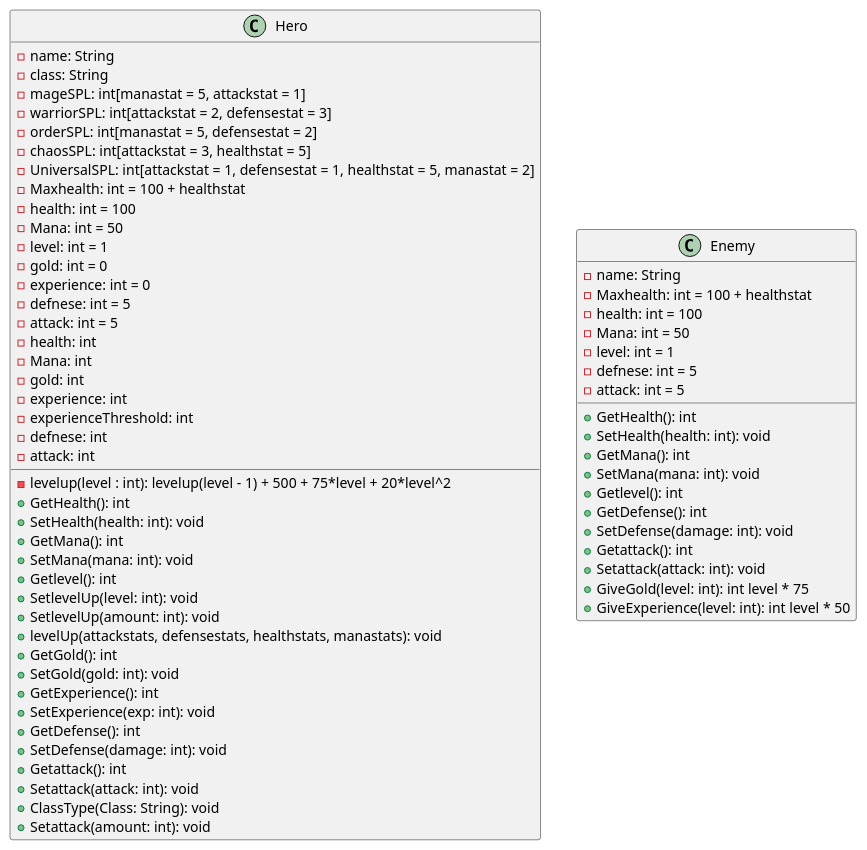
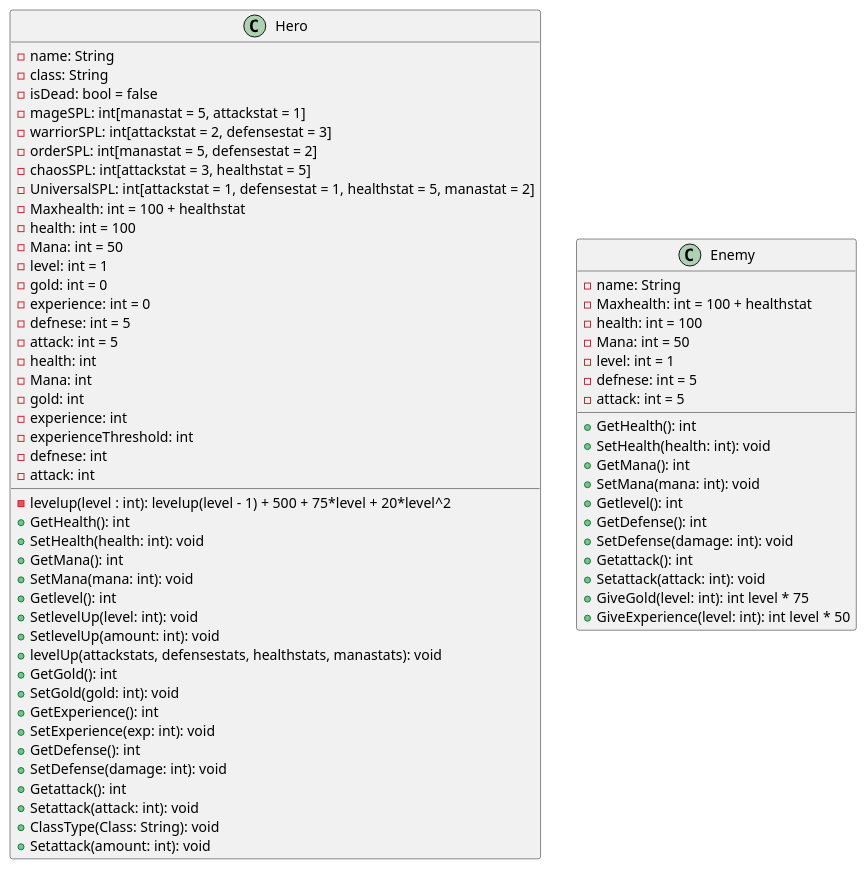
The diagram in rpg-legends/docs/uml/HeroStats.plantuml (JosefG50/2203-Legends-of-Sword-and-Wand), drawn with PlantUML before and after one commit.

```diff
--- a/rpg-legends/docs/uml/HeroStats.plantuml
+++ b/rpg-legends/docs/uml/HeroStats.plantuml
@@ -1,99 +1,100 @@
 @startuml
 'add abstract class enetity' 
 class Hero {
     - name: String
-    - class: String   
+    - class: String
+    - isDead: bool = false    
     - mageSPL: int[manastat = 5, attackstat = 1]
     - warriorSPL: int[attackstat = 2, defensestat = 3]
     - orderSPL: int[manastat = 5, defensestat = 2]
     - chaosSPL: int[attackstat = 3, healthstat = 5]
     'Uniervsal Stats per level gives points before the class bonus is applied per level up'
     - UniversalSPL: int[attackstat = 1, defensestat = 1, healthstat = 5, manastat = 2]
     - Maxhealth: int = 100 + healthstat
     - health: int = 100
     - Mana: int = 50
     - level: int = 1
     - gold: int = 0
     - experience: int = 0
     - defnese: int = 5
     - attack: int = 5
     'Add class Abstract class with all classes'
     - health: int
     - Mana: int
     'add -levels for each class'
     - gold: int
     - experience: int
     'add to check if enough experience to level up'
     - levelup(level : int): levelup(level - 1) + 500 + 75*level + 20*level^2
     - experienceThreshold: int
     - defnese: int
     - attack: int
     '-spells: List[Spells]'
     + GetHealth(): int
     + SetHealth(health: int): void
     + GetMana(): int
     + SetMana(mana: int): void
     + Getlevel(): int
     + SetlevelUp(level: int): void
     + SetlevelUp(amount: int): void 
     'Change to levelUp():void' that increases level by 1'
     + levelUp(attackstats, defensestats, healthstats, manastats): void
     + GetGold(): int
     + SetGold(gold: int): void 
     + GetExperience(): int
     + SetExperience(exp: int): void
     + GetDefense(): int
     + SetDefense(damage: int): void
     + Getattack(): int
     + Setattack(attack: int): void
     + ClassType(Class: String): void
     + Setattack(amount: int): void
 }
 
 
 class Enemy {
     '1 to 5 enemies'
     'level from 1 to 10'
     'the actual level of the enemy party is determined by the culmative level of the hero party'
     'if hero party has a culmative level of 5 the enemy party will have a culmative level of 5-0'
     'or hero culmative stats - 10 would be the enemies minimum and the hero culmative level would be the maximum'
     'The maximum level of a full enemy party culmative level is 50'
     'The enemy party level is divided equally among the enemies in the party'
     'There is a chance for the enemy to pick a class so the enemy can have stats to that specific class'
     'but usually the stats will be evenly distributed among all stats'
     - name: String
     - Maxhealth: int = 100 + healthstat
     - health: int = 100
     - Mana: int = 50
     - level: int = 1
     - defnese: int = 5
     - attack: int = 5
     + GetHealth(): int
     + SetHealth(health: int): void
     + GetMana(): int
     + SetMana(mana: int): void
     + Getlevel(): int
     + GetDefense(): int
     + SetDefense(damage: int): void
     + Getattack(): int
     + Setattack(attack: int): void
     'G(L) = 75*L that is the gold given to hero on defeat'
     + GiveGold(level: int): int level * 75
     'Exp(L)=50*L that is the experience given to hero on defeat'
     + GiveExperience(level: int): int level * 50
 }
 
 
 'Order' <|-- Hero : +5 Mana
 'Order' <|-- Hero : +2 Defense
 'Order' <|-- Hero : Heals/Shields
 'Chaos' <|-- Hero : +3 Attack
 'Chaos' <|-- Hero : +5 HP
 'Chaos' <|-- Hero : Fireball/Lightning
 'Warrior' <|-- Hero : +2 Attack
 'Warrior' <|-- Hero : +3 Defense
 'Warrior' <|-- Hero : Cleave/PHYSICAL
 'Mage' <|-- Hero : +5 Mana
 'Mage' <|-- Hero : +1 Attack
 'Mage' <|-- Hero : Mana Replenish
 @enduml
```
